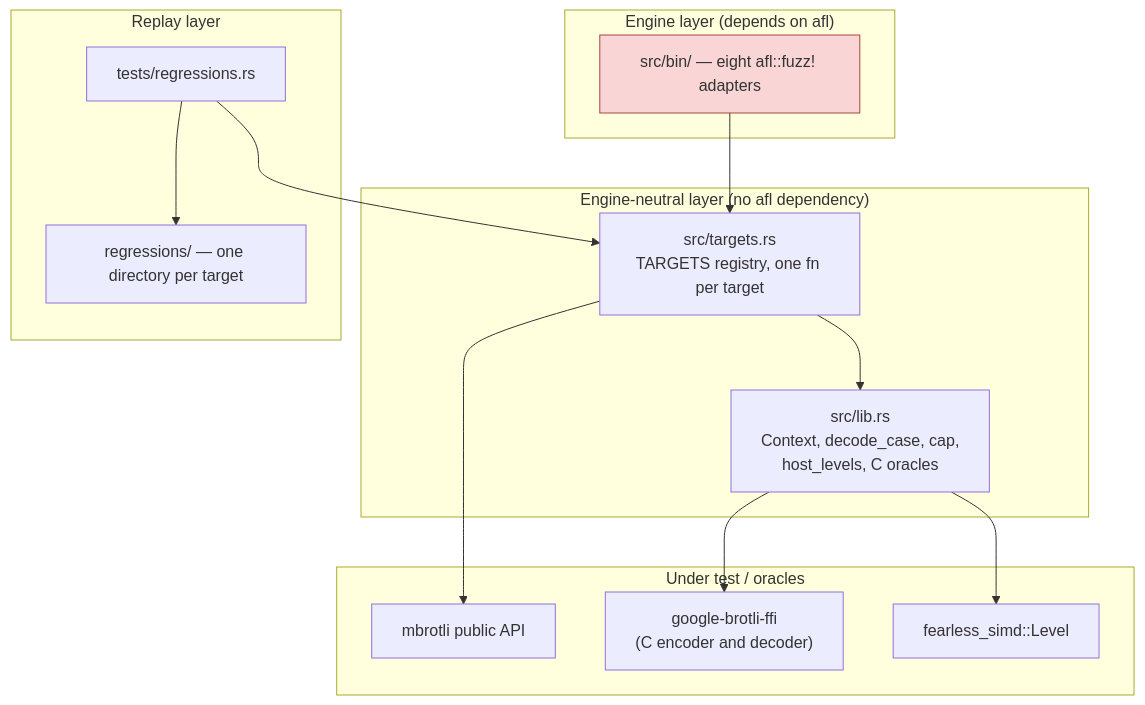
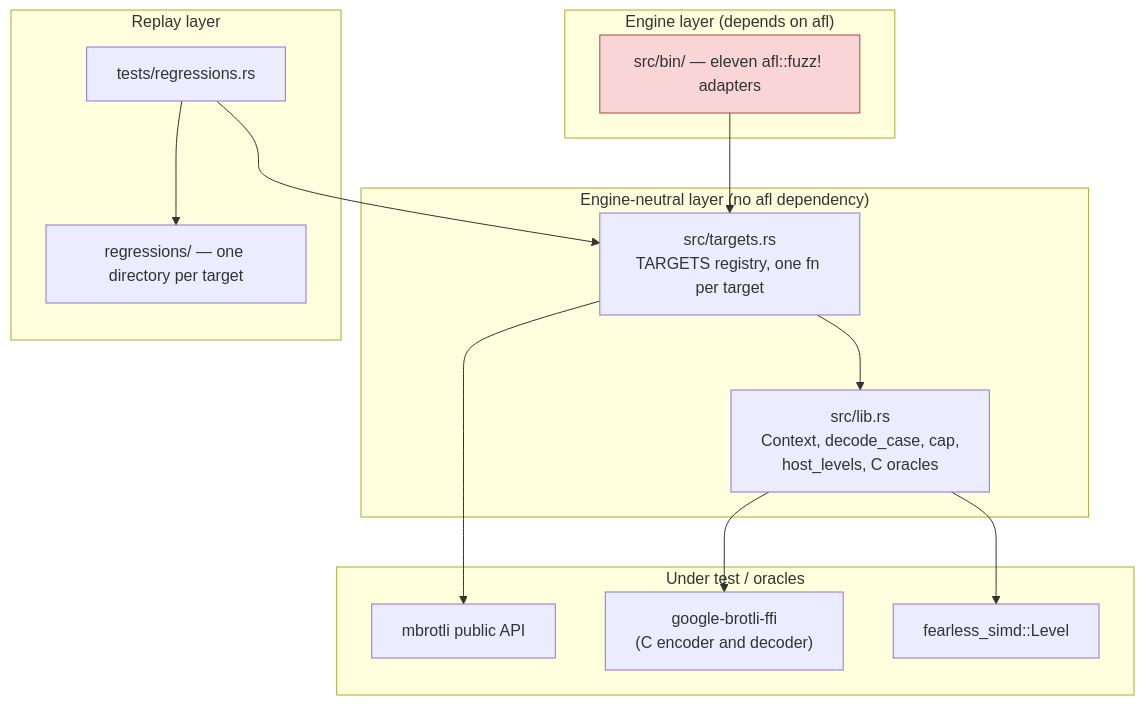
Before and after one commit to Mnwa/mbrotli: the first of 4 diagrams in architecture/fuzzing.md, drawn with Mermaid. The commit also changed other lines of this file and 84 other files, not shown here.

````diff
--- a/architecture/fuzzing.md
+++ b/architecture/fuzzing.md
@@ -19,33 +19,33 @@
 ```mermaid
 graph TD
     subgraph engine["Engine layer (depends on afl)"]
-        bins["src/bin/ — eight afl::fuzz! adapters"]
+        bins["src/bin/ — eleven afl::fuzz! adapters"]
     end
 
     subgraph neutral["Engine-neutral layer (no afl dependency)"]
         targets["src/targets.rs<br/>TARGETS registry, one fn per target"]
         lib["src/lib.rs<br/>Context, decode_case, cap,<br/>host_levels, C oracles"]
     end
 
     subgraph replay["Replay layer"]
         regtest["tests/regressions.rs"]
         corpus["regressions/ — one directory per target"]
     end
 
     subgraph under["Under test / oracles"]
         mbrotli["mbrotli public API"]
         ffi["google-brotli-ffi<br/>(C encoder and decoder)"]
         simd["fearless_simd::Level"]
     end
 
     bins --> targets
     regtest --> targets
     regtest --> corpus
     targets --> lib
     targets --> mbrotli
     lib --> ffi
     lib --> simd
 
     classDef engineNode fill:#f9d6d5,stroke:#a94442;
     class bins engineNode;
 ```
````
